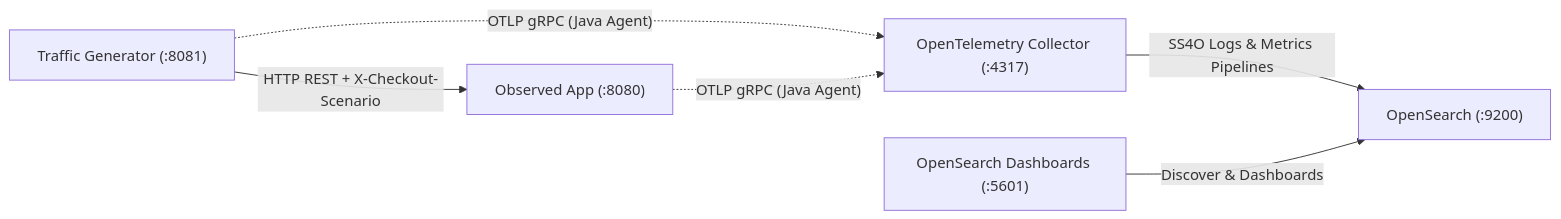
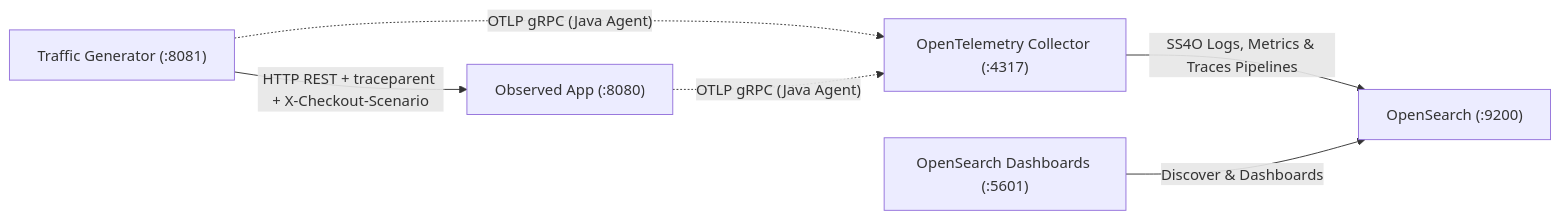
One commit to PawelBalcerek/observe-it changed the diagram in README.md. Above: the diagram before and after it, drawn with Mermaid. The commit also changed other lines of this file and 11 other files, not shown here.

````diff
--- a/README.md
+++ b/README.md
@@ -22,8 +22,8 @@
 ```mermaid
 flowchart LR
-  TG["Traffic Generator (:8081)"] -->|"HTTP REST + X-Checkout-Scenario"| OA["Observed App (:8080)"]
+  TG["Traffic Generator (:8081)"] -->|"HTTP REST + traceparent + X-Checkout-Scenario"| OA["Observed App (:8080)"]
   TG -.->|"OTLP gRPC (Java Agent)"| OC["OpenTelemetry Collector (:4317)"]
   OA -.->|"OTLP gRPC (Java Agent)"| OC
-  OC -->|"SS4O Logs & Metrics Pipelines"| OS["OpenSearch (:9200)"]
+  OC -->|"SS4O Logs, Metrics & Traces Pipelines"| OS["OpenSearch (:9200)"]
   OSD["OpenSearch Dashboards (:5601)"] -->|"Discover & Dashboards"| OS
 ```
````
